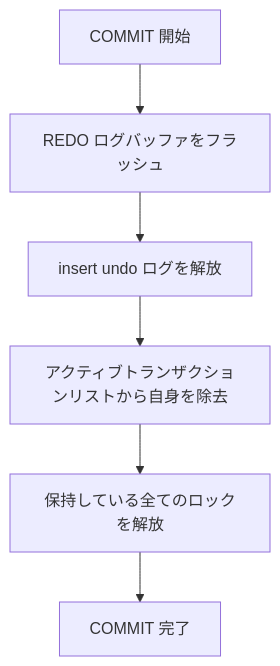
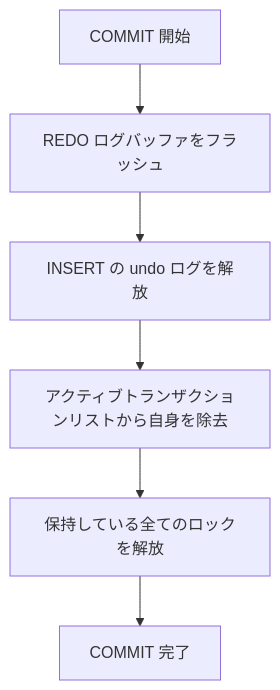
Before and after one commit to ren-yamanashi/minesql: the first of 2 diagrams in docs/architecture/storage/access/transaction.md, drawn with Mermaid. The commit also changed other lines of this file, not shown here.

````diff
--- a/docs/architecture/storage/access/transaction.md
+++ b/docs/architecture/storage/access/transaction.md
@@ -148,8 +148,8 @@
 ```mermaid
 flowchart TD
     A[COMMIT 開始] --> B[REDO ログバッファをフラッシュ]
-    B --> C[insert undo ログを解放]
+    B --> C[INSERT の undo ログを解放]
     C --> D[アクティブトランザクションリストから自身を除去]
     D --> E[保持している全てのロックを解放]
     E --> F[COMMIT 完了]
 ```
````
